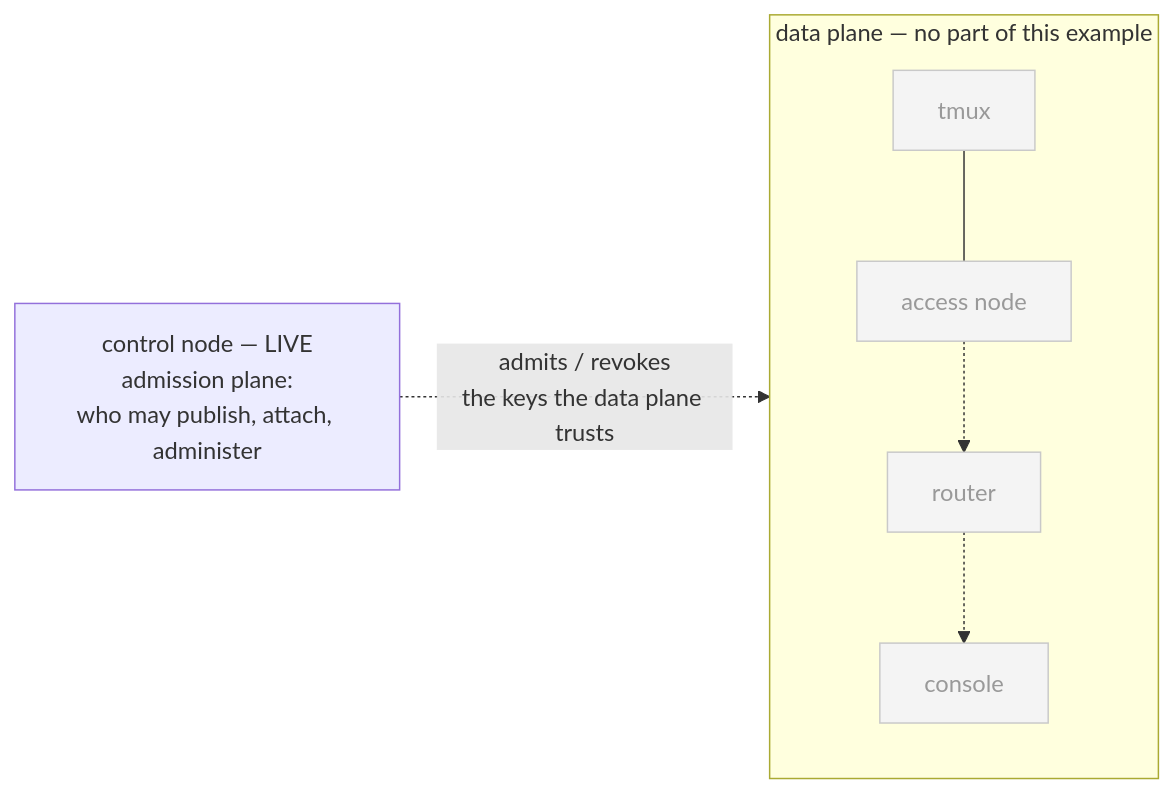
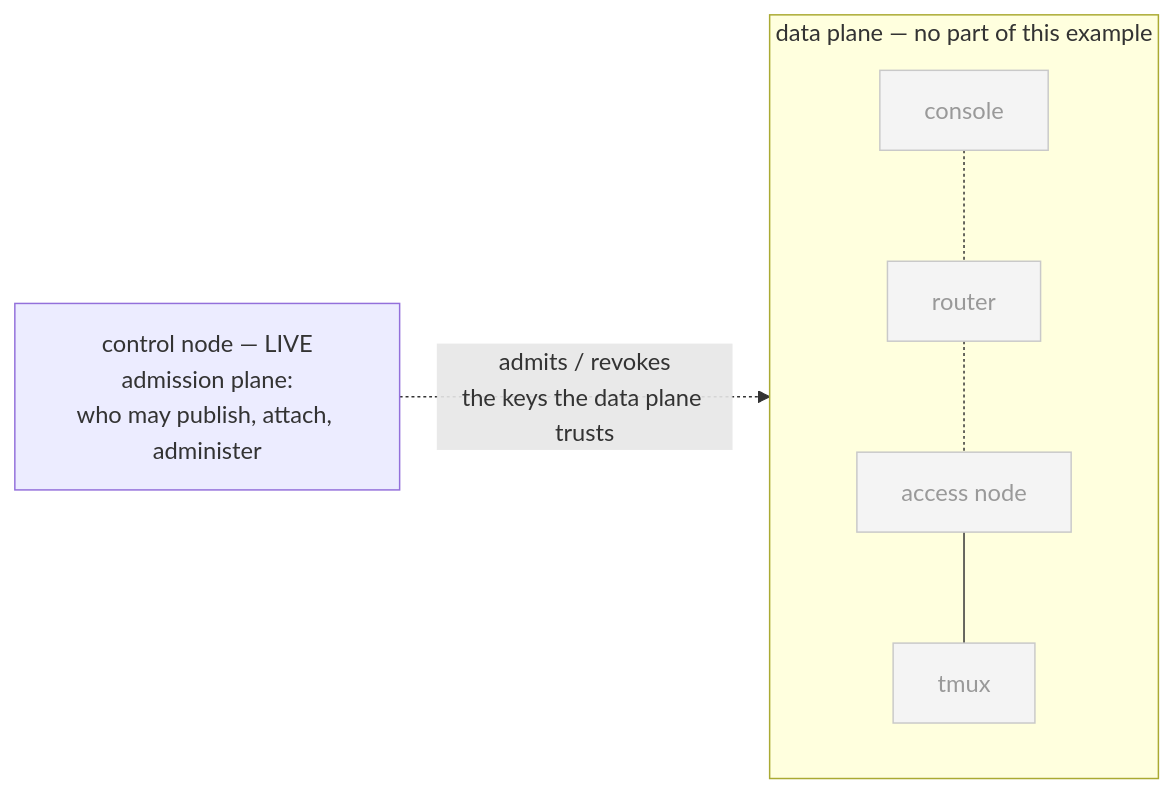
One commit to ArcavenAE/switchboard-blue changed the first of 3 diagrams in examples/02-admin-fails-closed/README.md. Above: the diagram before and after it, drawn with Mermaid. The commit also changed 8 other files, not shown here.

First line of the commit message:
docs(diagrams): orient flows initiator-left — keystrokes lead, output returns

````diff
--- a/examples/02-admin-fails-closed/README.md
+++ b/examples/02-admin-fails-closed/README.md
@@ -17,11 +17,12 @@
 ```mermaid
 graph LR
     subgraph data["data plane — no part of this example"]
-        TM["tmux"] --- AN["access node"]
-        AN -.-> R["router"] -.-> CN["console"]
+        CN["console"] -.- R["router"]
+        R -.- AN["access node"]
+        AN --- TM["tmux"]
     end
     CT["control node — LIVE<br/>admission plane:<br/>who may publish, attach, administer"]
     CT -. "admits / revokes<br/>the keys the data plane trusts" .-> data
     classDef dim fill:#f4f4f4,stroke:#c9c9c9,color:#999999
     class TM,AN,R,CN dim
 ```
````
